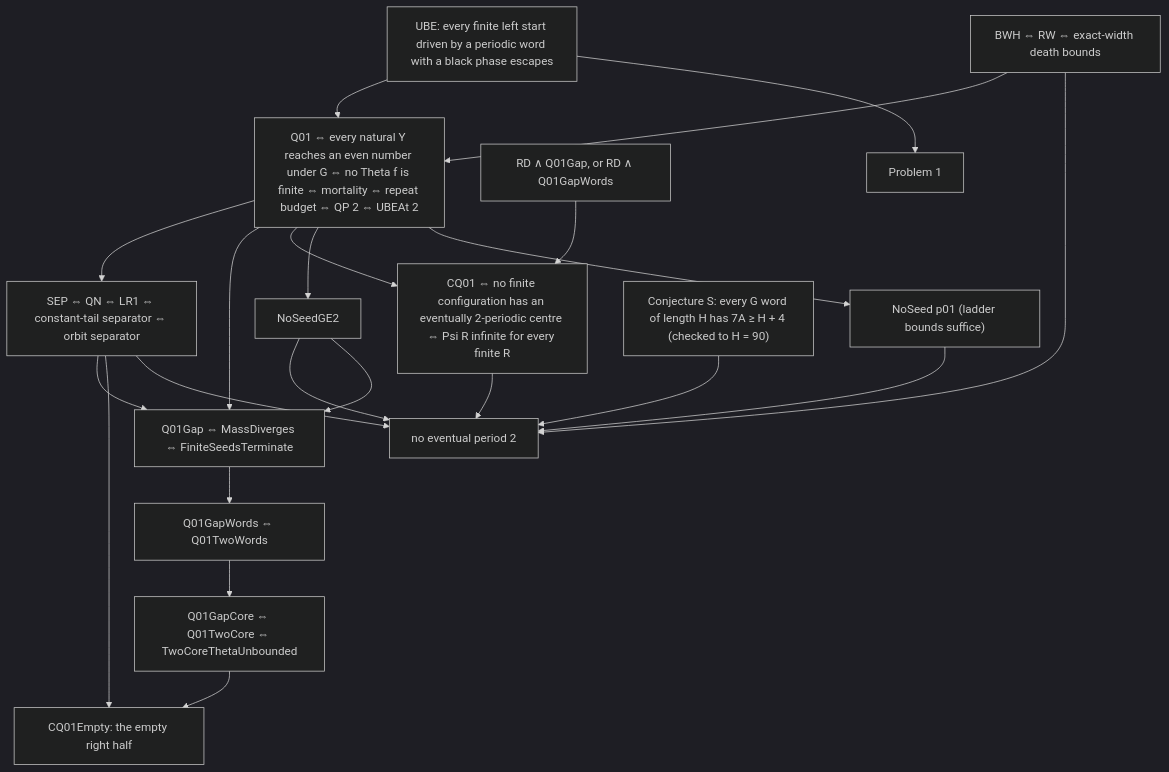
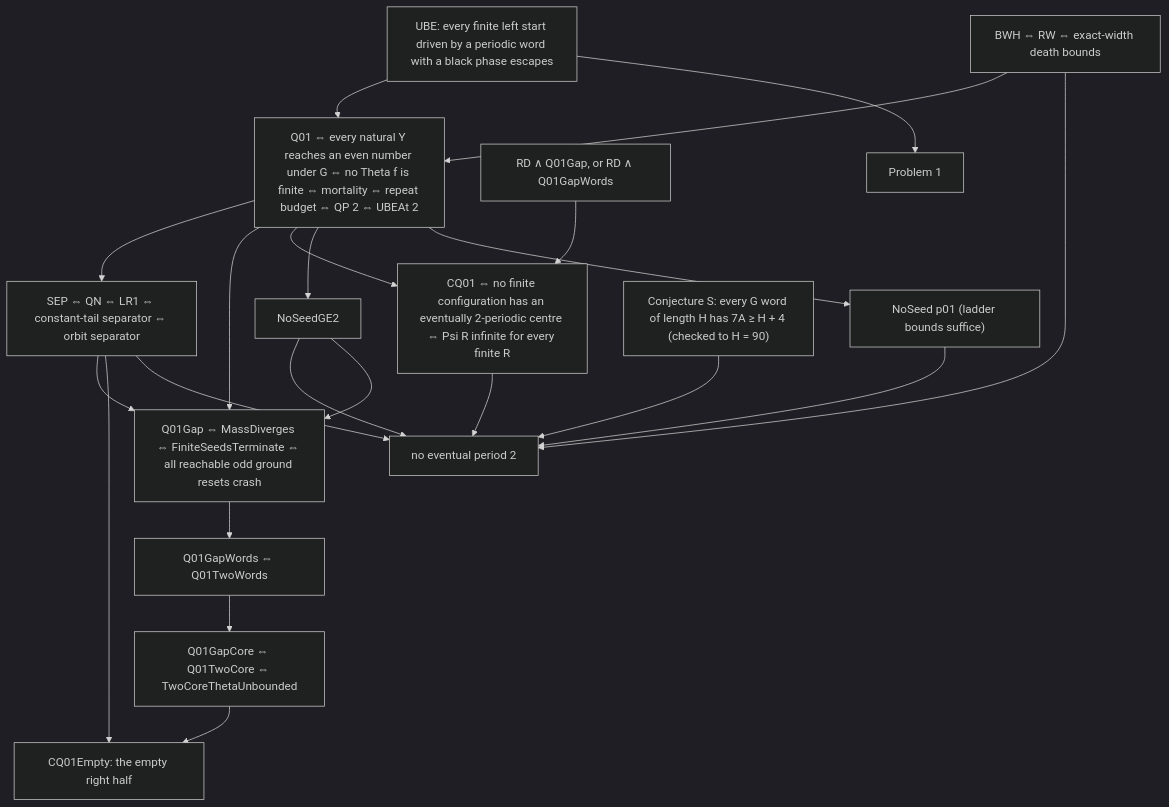
The diagram in KIT.md (ghywel/rule30reset), drawn with Mermaid (dark theme) before and after one commit. The commit also changed other lines of this file and 3 other files, not shown here.

````diff
--- a/KIT.md
+++ b/KIT.md
@@ -49,23 +49,23 @@
 ```mermaid
 graph TD
   UBE["UBE: every finite left start driven by a periodic word with a black phase escapes"] --> Q01
   BWH["BWH ⇔ RW ⇔ exact-width death bounds"] --> Q01
   Q01["Q01 ⇔ every natural Y reaches an even number under G ⇔ no Theta f is finite ⇔ mortality ⇔ repeat budget ⇔ QP 2 ⇔ UBEAt 2"]
   Q01 --> SEP["SEP ⇔ QN ⇔ LR1 ⇔ constant-tail separator ⇔ orbit separator"]
-  Q01 --> Q01Gap["Q01Gap ⇔ MassDiverges ⇔ FiniteSeedsTerminate"]
+  Q01 --> Q01Gap["Q01Gap ⇔ MassDiverges ⇔ FiniteSeedsTerminate ⇔ all reachable odd ground resets crash"]
   SEP --> Q01Gap
   Q01Gap --> Q01GW["Q01GapWords ⇔ Q01TwoWords"]
   Q01GW --> Q01GC["Q01GapCore ⇔ Q01TwoCore ⇔ TwoCoreThetaUnbounded"]
   Q01GC --> CQ01E["CQ01Empty: the empty right half"]
   SEP --> CQ01E
   Q01 --> CQ01["CQ01 ⇔ no finite configuration has an eventually 2-periodic centre ⇔ Psi R infinite for every finite R"]
   RDQ["RD ∧ Q01Gap, or RD ∧ Q01GapWords"] --> CQ01
   CQ01 --> NP2["no eventual period 2"]
   Q01 --> NSG["NoSeedGE2"] --> NP2
   NSG --> Q01Gap
   Q01 --> NS01["NoSeed p01 (ladder bounds suffice)"] --> NP2
   CS["Conjecture S: every G word of length H has 7A ≥ H + 4 (checked to H = 90)"] --> NP2
   SEP --> NP2
   BWH --> NP2
   UBE --> P1["Problem 1"]
 ```
````
